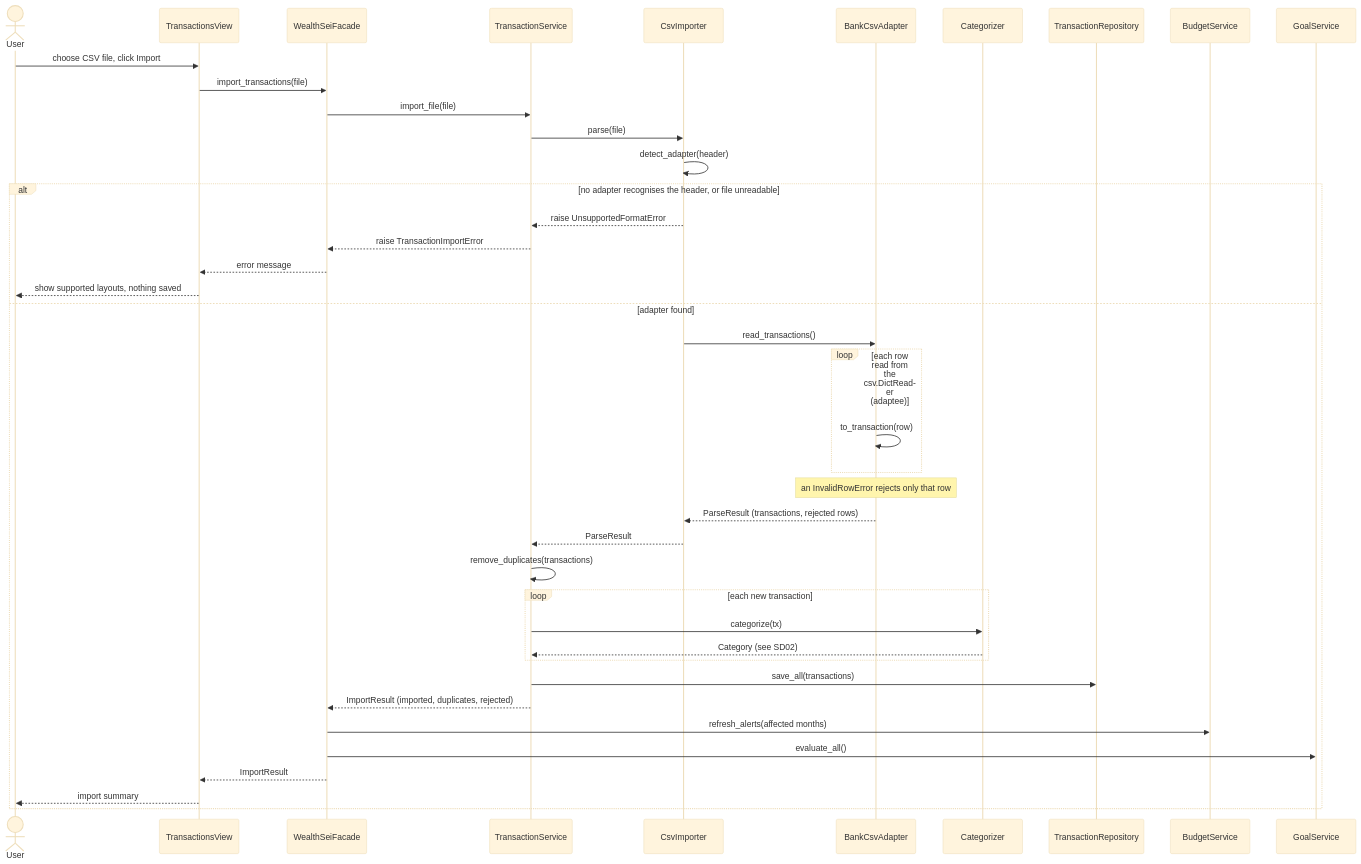
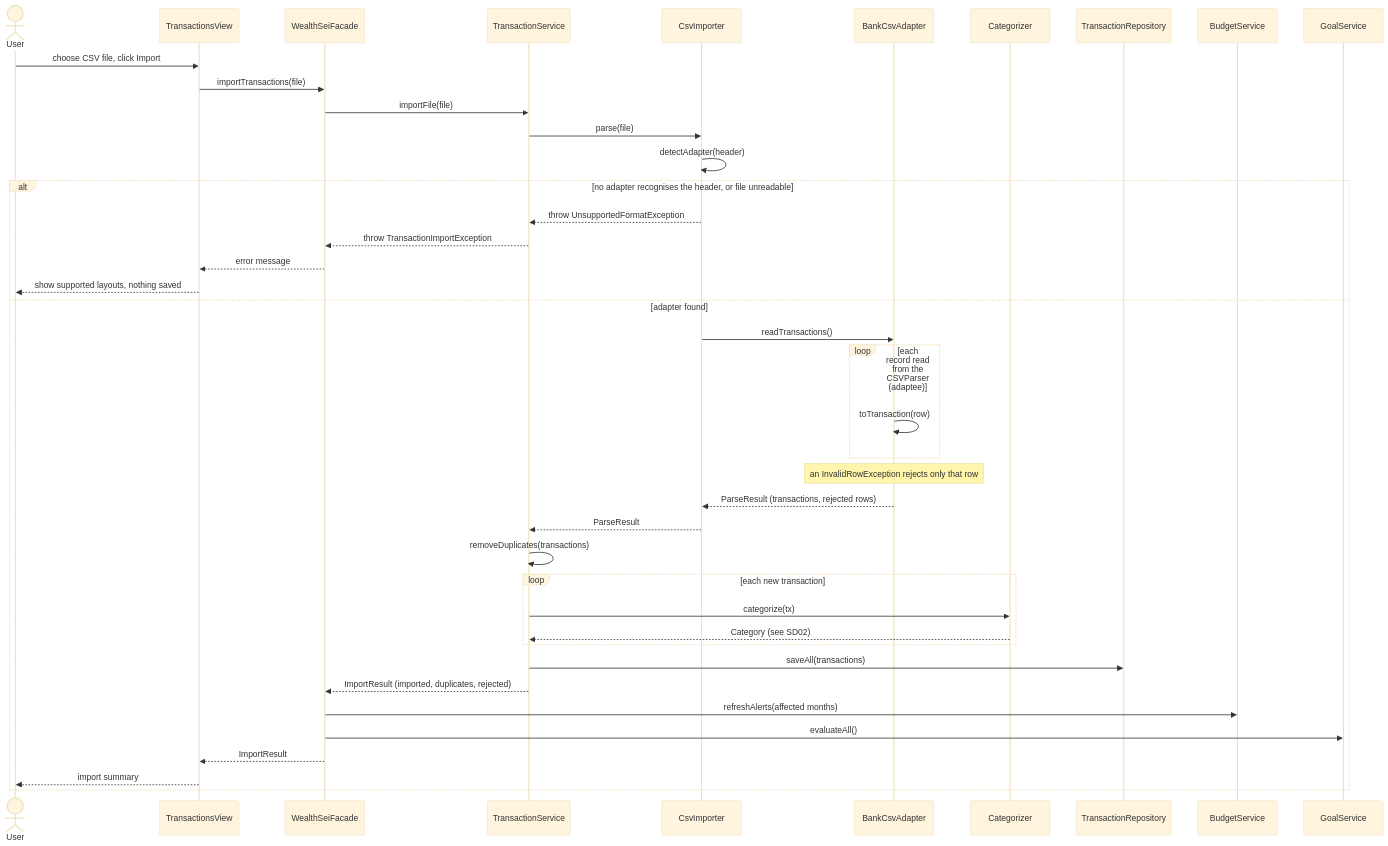
The tenth of 20 diagrams in docs/WealthSei_Stage1_Report.md (Rishit-Shah/EECS-3311-Project---WealthSei), drawn with Mermaid (base theme) before and after one commit. The commit also changed other lines of this file, not shown here.

````diff
--- a/docs/WealthSei_Stage1_Report.md
+++ b/docs/WealthSei_Stage1_Report.md
@@ -1729,44 +1746,44 @@
 ```mermaid
 sequenceDiagram
     actor User
     participant TV as TransactionsView
     participant F as WealthSeiFacade
     participant TS as TransactionService
     participant CI as CsvImporter
     participant AD as BankCsvAdapter
     participant CAT as Categorizer
     participant TR as TransactionRepository
     participant BS as BudgetService
     participant GS as GoalService
 
     User->>TV: choose CSV file, click Import
-    TV->>F: import_transactions(file)
-    F->>TS: import_file(file)
+    TV->>F: importTransactions(file)
+    F->>TS: importFile(file)
     TS->>CI: parse(file)
-    CI->>CI: detect_adapter(header)
+    CI->>CI: detectAdapter(header)
     alt no adapter recognises the header, or file unreadable
-        CI-->>TS: raise UnsupportedFormatError
-        TS-->>F: raise TransactionImportError
+        CI-->>TS: throw UnsupportedFormatException
+        TS-->>F: throw TransactionImportException
         F-->>TV: error message
         TV-->>User: show supported layouts, nothing saved
     else adapter found
-        CI->>AD: read_transactions()
-        loop each row read from the csv.DictReader (adaptee)
-            AD->>AD: to_transaction(row)
+        CI->>AD: readTransactions()
+        loop each record read from the CSVParser (adaptee)
+            AD->>AD: toTransaction(row)
         end
-        Note over AD: an InvalidRowError rejects only that row
+        Note over AD: an InvalidRowException rejects only that row
         AD-->>CI: ParseResult (transactions, rejected rows)
         CI-->>TS: ParseResult
-        TS->>TS: remove_duplicates(transactions)
+        TS->>TS: removeDuplicates(transactions)
         loop each new transaction
             TS->>CAT: categorize(tx)
             CAT-->>TS: Category (see SD02)
         end
-        TS->>TR: save_all(transactions)
+        TS->>TR: saveAll(transactions)
         TS-->>F: ImportResult (imported, duplicates, rejected)
-        F->>BS: refresh_alerts(affected months)
-        F->>GS: evaluate_all()
+        F->>BS: refreshAlerts(affected months)
+        F->>GS: evaluateAll()
         F-->>TV: ImportResult
         TV-->>User: import summary
     end
 ```
````
